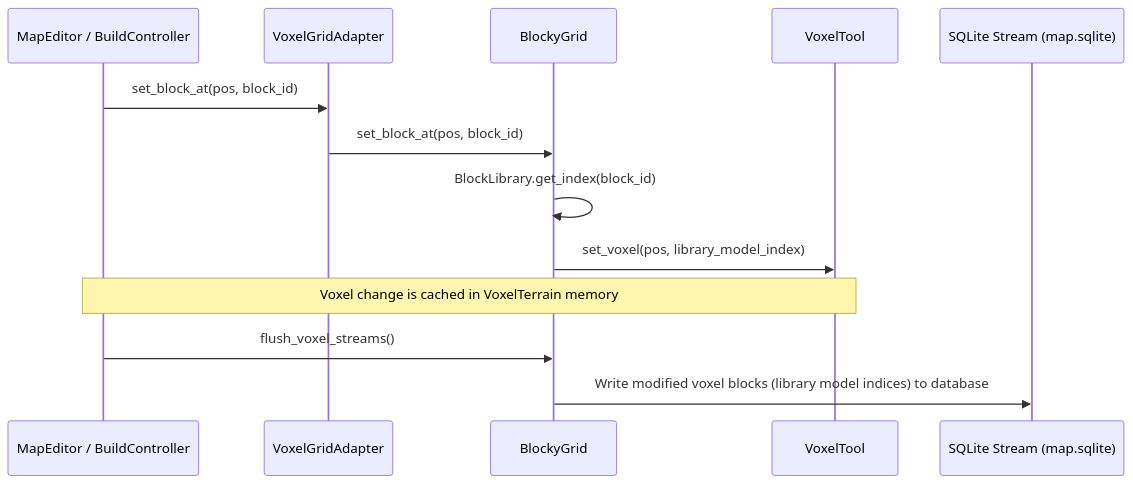
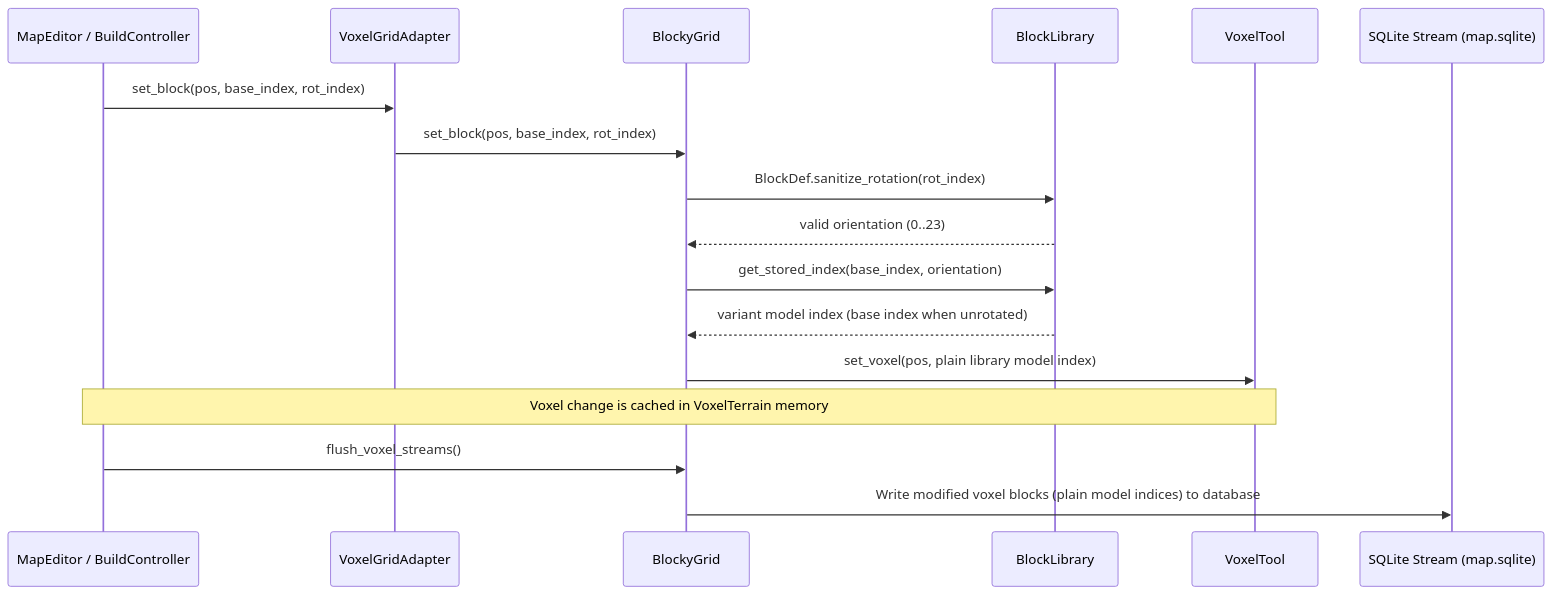
The first of 2 diagrams in docs/architecture/voxel-world.md (gdgonzaga/vek-holdout), drawn with Mermaid before and after one commit. The commit also changed other lines of this file and 16 other files, not shown here.

````diff
--- a/docs/architecture/voxel-world.md
+++ b/docs/architecture/voxel-world.md
@@ -237,16 +260,20 @@
 ```mermaid
 sequenceDiagram
     participant Editor as MapEditor / BuildController
     participant Adapter as VoxelGridAdapter
     participant Grid as BlockyGrid
+    participant Lib as BlockLibrary
     participant VTool as VoxelTool
     participant DB as SQLite Stream (map.sqlite)
 
-    Editor->>Adapter: set_block_at(pos, block_id)
-    Adapter->>Grid: set_block_at(pos, block_id)
-    Grid->>Grid: BlockLibrary.get_index(block_id)
-    Grid->>VTool: set_voxel(pos, library_model_index)
+    Editor->>Adapter: set_block(pos, base_index, rot_index)
+    Adapter->>Grid: set_block(pos, base_index, rot_index)
+    Grid->>Lib: BlockDef.sanitize_rotation(rot_index)
+    Lib-->>Grid: valid orientation (0..23)
+    Grid->>Lib: get_stored_index(base_index, orientation)
+    Lib-->>Grid: variant model index (base index when unrotated)
+    Grid->>VTool: set_voxel(pos, plain library model index)
     Note over Editor,VTool: Voxel change is cached in VoxelTerrain memory
     Editor->>Grid: flush_voxel_streams()
-    Grid->>DB: Write modified voxel blocks (library model indices) to database
+    Grid->>DB: Write modified voxel blocks (plain model indices) to database
 ```
````
